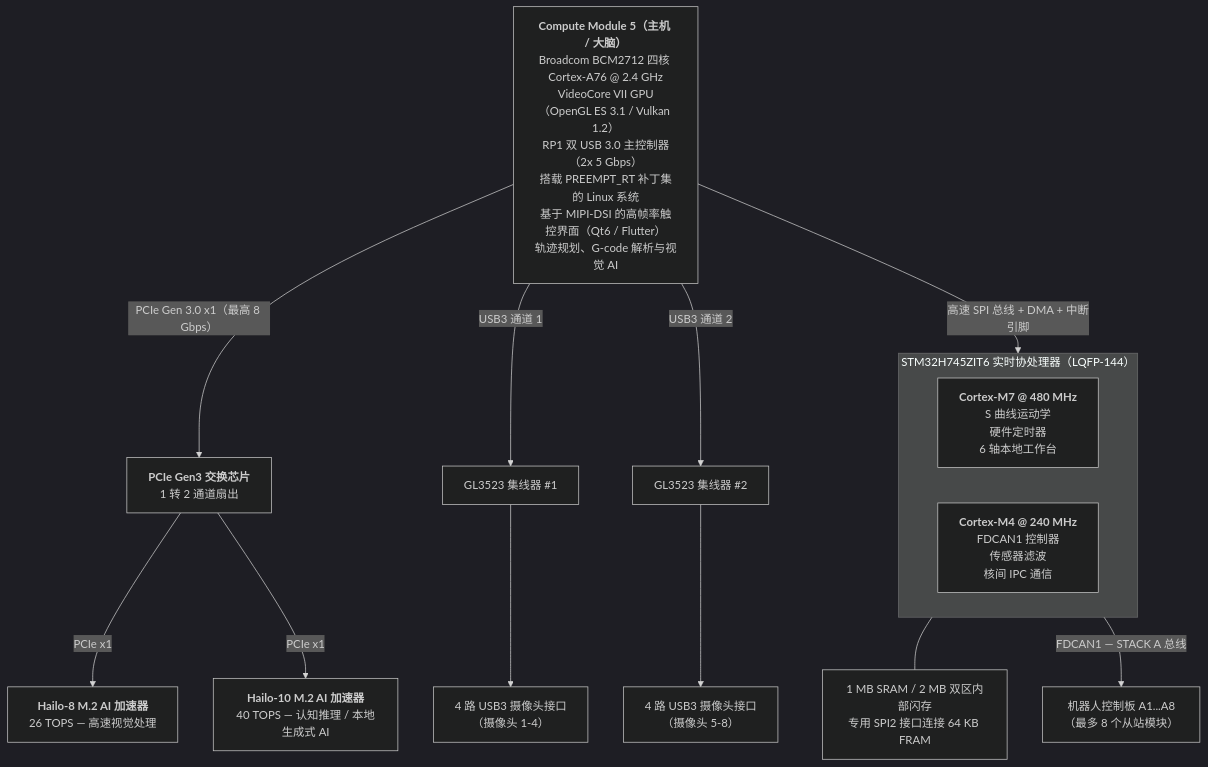
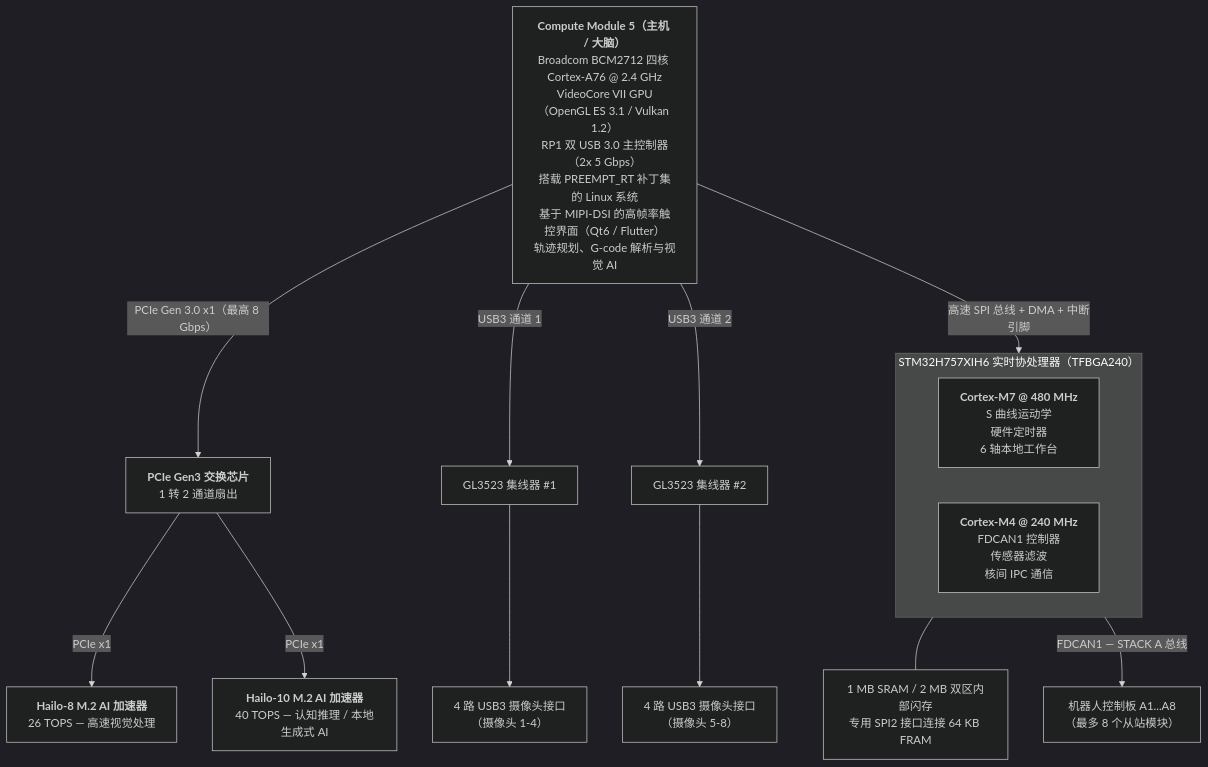
Before and after one commit to JuanenRac/HYDRA-UMC: the first of 3 diagrams in README_zho.md, drawn with Mermaid (dark theme). The commit also changed other lines of this file and 41 other files, not shown here.

````diff
--- a/README_zho.md
+++ b/README_zho.md
@@ -89,24 +91,24 @@
 ```mermaid
 flowchart TB
     CM5["<b>Compute Module 5（主机 / 大脑）</b><br/>Broadcom BCM2712 四核 Cortex-A76 @ 2.4 GHz<br/>VideoCore VII GPU（OpenGL ES 3.1 / Vulkan 1.2）<br/>RP1 双 USB 3.0 主控制器（2x 5 Gbps）<br/>搭载 PREEMPT_RT 补丁集的 Linux 系统<br/>基于 MIPI-DSI 的高帧率触控界面（Qt6 / Flutter）<br/>轨迹规划、G-code 解析与视觉 AI"]
 
     CM5 -- "PCIe Gen 3.0 x1（最高 8 Gbps）" --> PCIESW["<b>PCIe Gen3 交换芯片</b><br/>1 转 2 通道扇出"]
     PCIESW -- "PCIe x1" --> HAILO8["<b>Hailo-8 M.2 AI 加速器</b><br/>26 TOPS — 高速视觉处理"]
     PCIESW -- "PCIe x1" --> HAILO10["<b>Hailo-10 M.2 AI 加速器</b><br/>40 TOPS — 认知推理 / 本地生成式 AI"]
     CM5 -- "USB3 通道 1" --> HUB1["GL3523 集线器 #1"]
     CM5 -- "USB3 通道 2" --> HUB2["GL3523 集线器 #2"]
     HUB1 --> CAM14["4 路 USB3 摄像头接口<br/>（摄像头 1-4）"]
     HUB2 --> CAM58["4 路 USB3 摄像头接口<br/>（摄像头 5-8）"]
 
     CM5 -- "高速 SPI 总线 + DMA + 中断引脚" --> MCU
 
-    subgraph MCU["STM32H745ZIT6 实时协处理器（LQFP-144）"]
+    subgraph MCU["STM32H757XIH6 实时协处理器（TFBGA240）"]
         direction LR
         CM7["<b>Cortex-M7 @ 480 MHz</b><br/>S 曲线运动学<br/>硬件定时器<br/>6 轴本地工作台"]
         CM4["<b>Cortex-M4 @ 240 MHz</b><br/>FDCAN1 控制器<br/>传感器滤波<br/>核间 IPC 通信"]
     end
     MEM["1 MB SRAM / 2 MB 双区内部闪存<br/>专用 SPI2 接口连接 64 KB FRAM"]
     MCU --- MEM
 
     MCU -- "FDCAN1 — STACK A 总线" --> ROBOTS["机器人控制板 A1...A8<br/>（最多 8 个从站模块）"]
 ```
````
